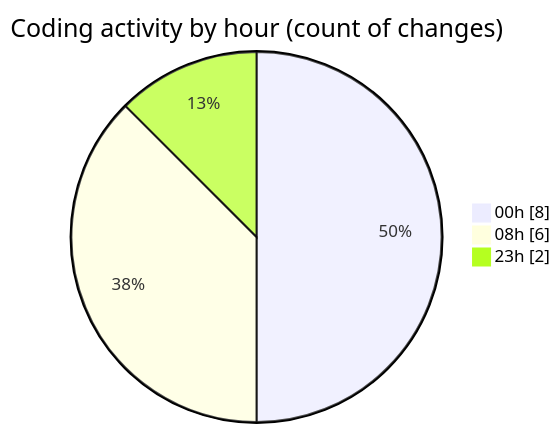
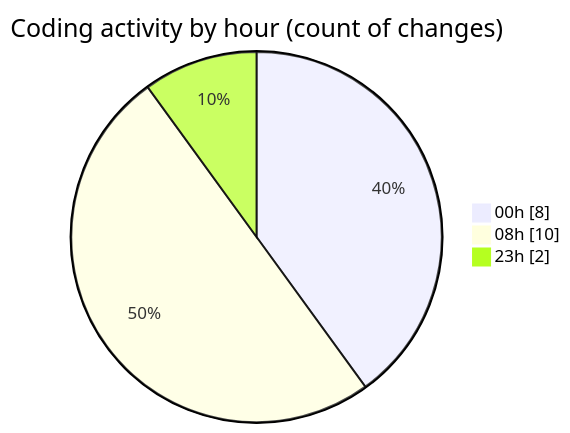
One commit to EIIisD/code-tracking changed the second of 2 diagrams in 2025-08-13/ribbon/README.md. Above: the diagram before and after it, drawn with Mermaid. The commit also changed other lines of this file and 1 other file, not shown here.

````diff
--- a/2025-08-13/ribbon/README.md
+++ b/2025-08-13/ribbon/README.md
@@ -35,7 +35,7 @@
 ```mermaid
 pie showData
 title Coding activity by hour (count of changes)
 "00h" : 8
-"08h" : 6
+"08h" : 10
 "23h" : 2
 ```
````
